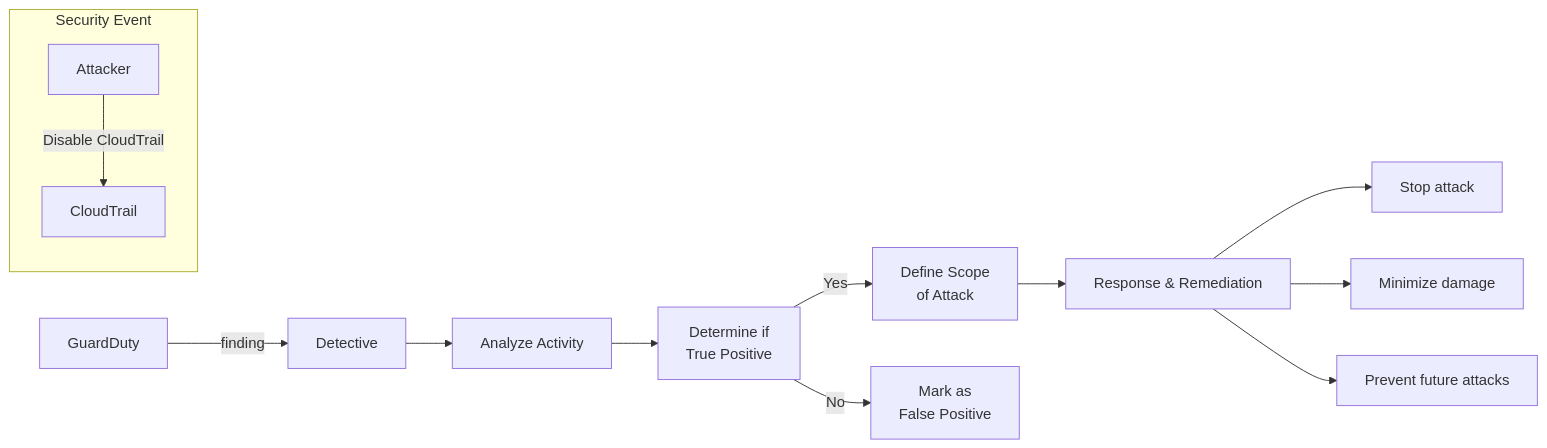
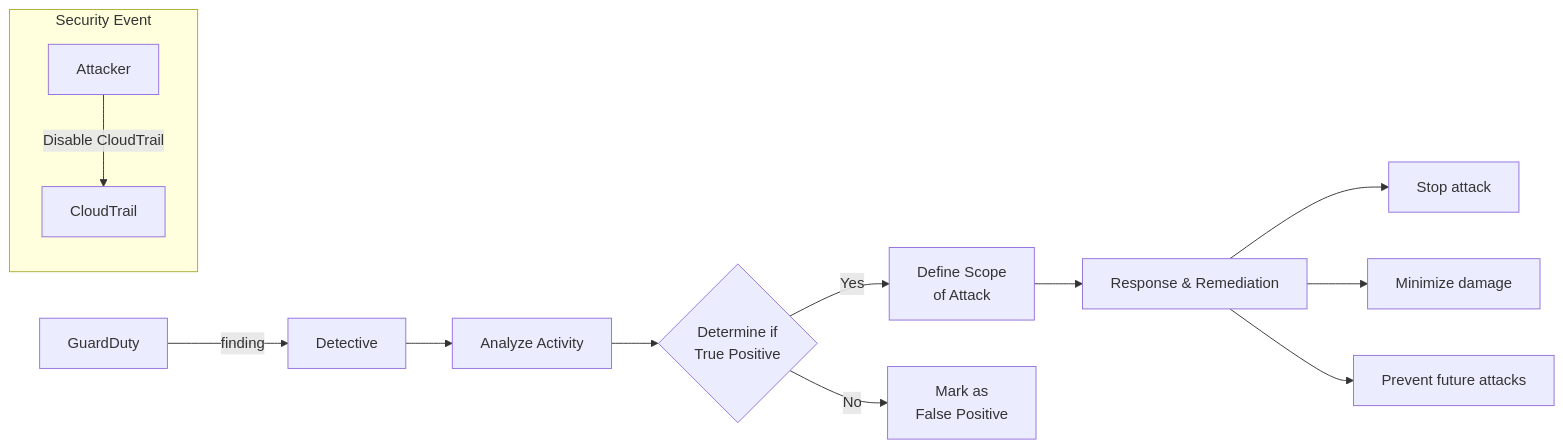
Before and after one commit to Root-Shells/aws_scs_udemy: the third of 3 diagrams in domain_1_detection/detective.md, drawn with Mermaid. The commit also changed other lines of this file and 7 other files, not shown here.

````diff
--- a/domain_1_detection/detective.md
+++ b/domain_1_detection/detective.md
@@ -84,21 +69,21 @@
 ```mermaid
 flowchart LR
-    subgraph Attack ["Security Event"]
+    subgraph Attack [Security Event]
         Attacker["Attacker"] -->|"Disable CloudTrail"| CT["CloudTrail"]
     end
     
     GD["GuardDuty"] -- "finding" --> DT["Detective"]
     
     DT --> Analysis["Analyze Activity"]
     
-    Analysis --> Determine["Determine if<br>True Positive"]
+    Analysis --> Determine{"Determine if<br>True Positive"}
     
     Determine -->|"Yes"| Scope["Define Scope<br>of Attack"]
     Determine -->|"No"| Close["Mark as<br>False Positive"]
     
     Scope --> Actions["Response & Remediation"]
     
     Actions --> Stop["Stop attack"]
     Actions --> Minimize["Minimize damage"]
     Actions --> Prevent["Prevent future attacks"]
 ```
````
